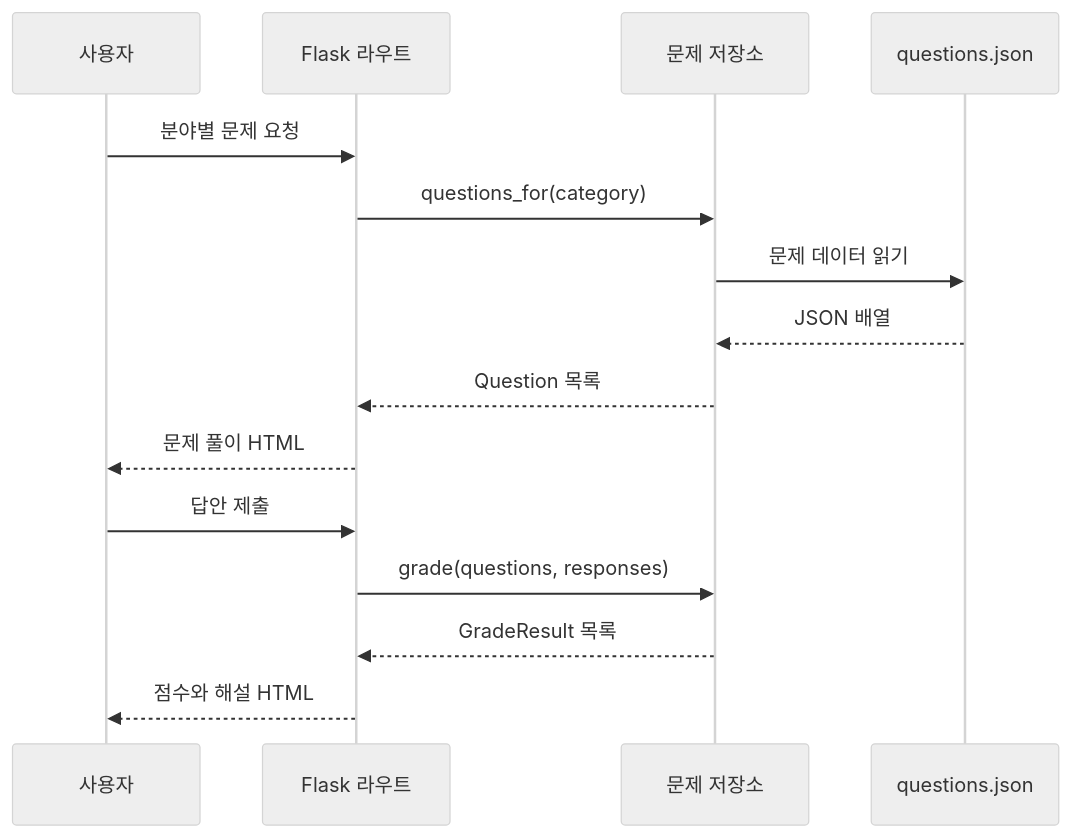
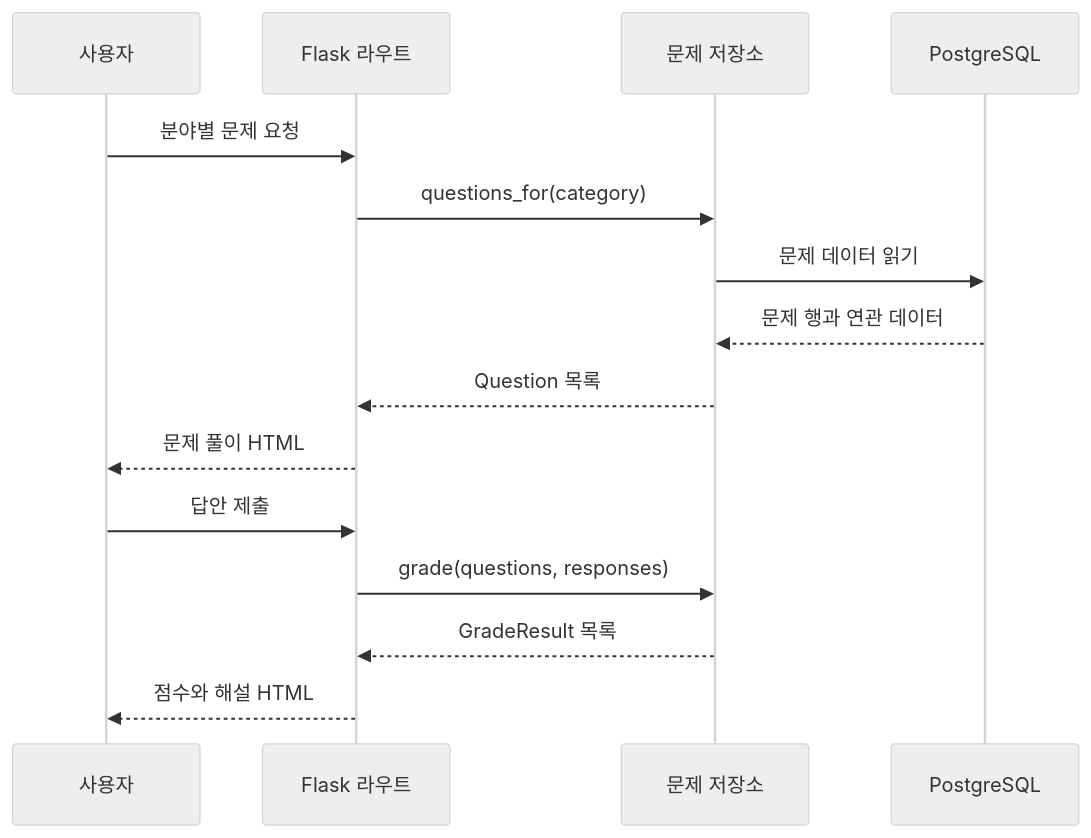
One commit to yangsong3/ml_class_testexam_web changed the second of 2 diagrams in Architecture.md. Above: the diagram before and after it, drawn with Mermaid (neutral theme). The commit also changed other lines of this file and 24 other files, not shown here.

````diff
--- a/Architecture.md
+++ b/Architecture.md
@@ -106,18 +104,18 @@
 ```mermaid
 sequenceDiagram
     participant U as 사용자
     participant R as Flask 라우트
     participant Q as 문제 저장소
-    participant D as questions.json
+    participant D as PostgreSQL
 
     U->>R: 분야별 문제 요청
     R->>Q: questions_for(category)
     Q->>D: 문제 데이터 읽기
-    D-->>Q: JSON 배열
+    D-->>Q: 문제 행과 연관 데이터
     Q-->>R: Question 목록
     R-->>U: 문제 풀이 HTML
     U->>R: 답안 제출
     R->>Q: grade(questions, responses)
     Q-->>R: GradeResult 목록
     R-->>U: 점수와 해설 HTML
 ```
````
